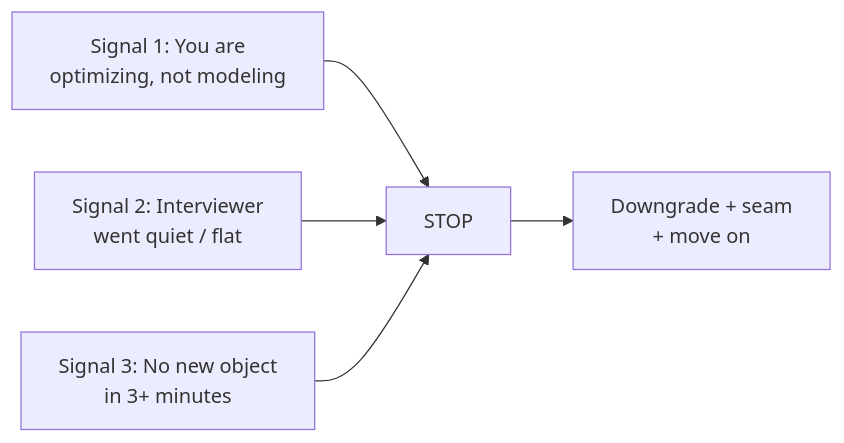
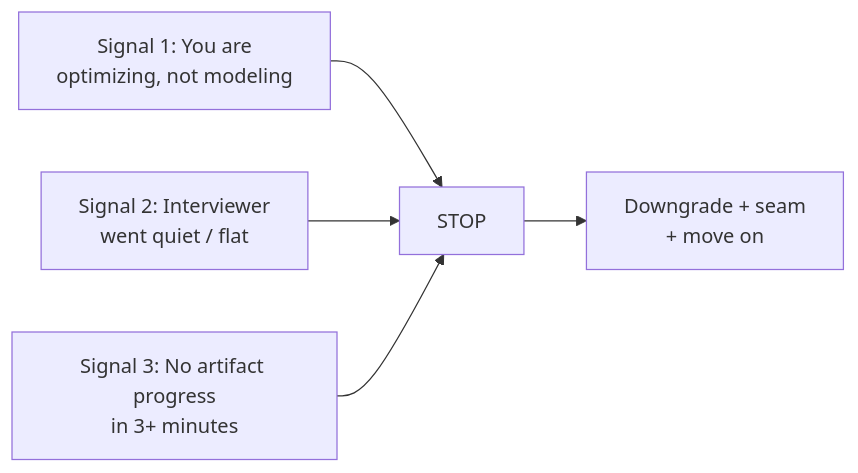
The diagram in low-level-design/07-avoiding-rabbit-holes-and-algorithm-traps.md (Anilinfo2015/anilinfo2015.github.io), drawn with Mermaid before and after one commit. The commit also changed other lines of this file and 109 other files, not shown here.

````diff
--- a/low-level-design/07-avoiding-rabbit-holes-and-algorithm-traps.md
+++ b/low-level-design/07-avoiding-rabbit-holes-and-algorithm-traps.md
@@ -53,7 +55,7 @@
 ```mermaid
 flowchart LR
     A[Signal 1: You are<br/>optimizing, not modeling] --> D[STOP]
     B[Signal 2: Interviewer<br/>went quiet / flat] --> D
-    C[Signal 3: No new object<br/>in 3+ minutes] --> D
+    C[Signal 3: No artifact progress<br/>in 3+ minutes] --> D
     D --> E[Downgrade + seam<br/>+ move on]
 ```
````
